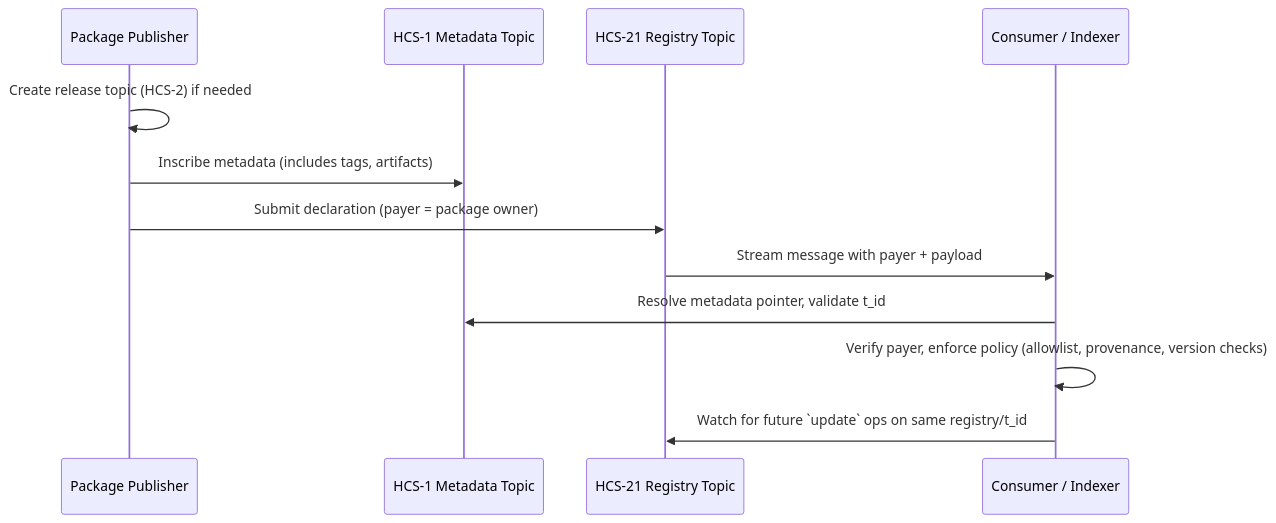
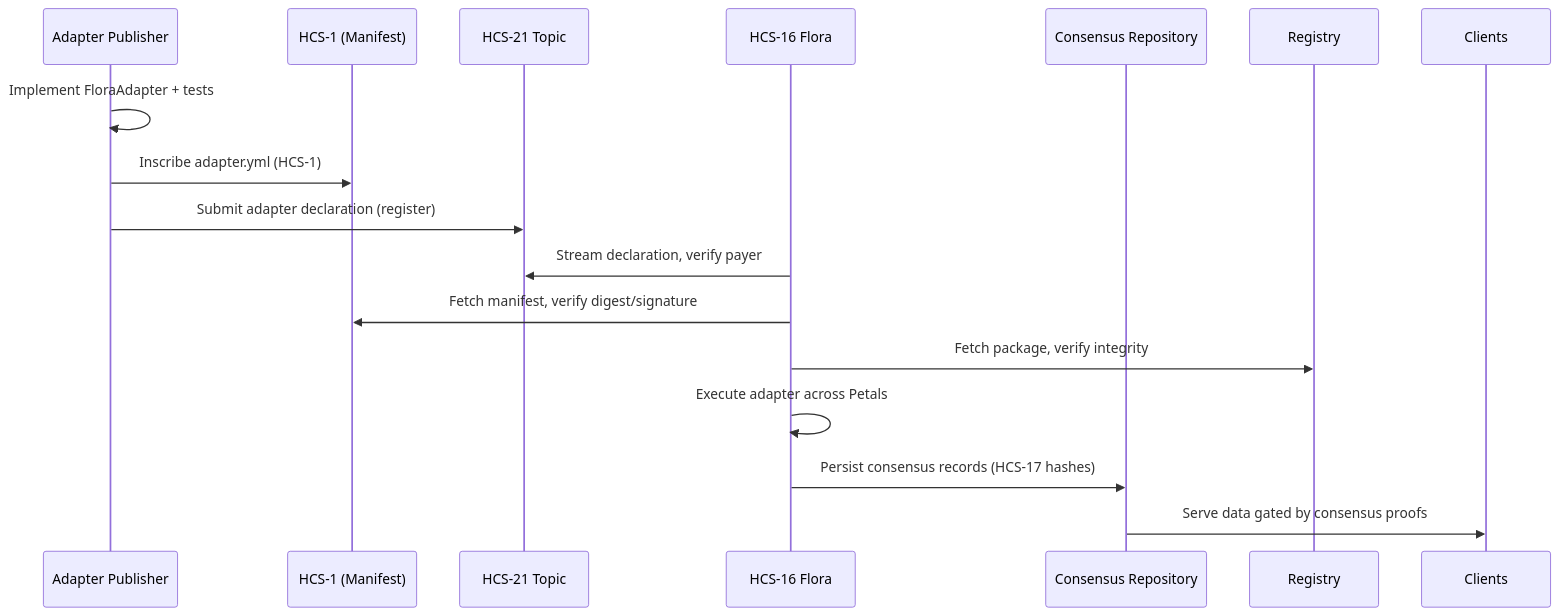
Before and after one commit to hashgraph-online/hcs-improvement-proposals: the fifth of 5 diagrams in docs/standards/hcs-21.md, drawn with Mermaid. The commit also changed other lines of this file, not shown here.

Commit message:
feat: revised adapter registry standard

````diff
--- a/docs/standards/hcs-21.md
+++ b/docs/standards/hcs-21.md
@@ -148,15 +555,18 @@
 ```mermaid
 sequenceDiagram
-    participant Pub as Package Publisher
-    participant HCS1 as HCS-1 Metadata Topic
-    participant RegTopic as HCS-21 Registry Topic
-    participant Cons as Consumer / Indexer
+    participant Pub as Adapter Publisher
+    participant H1 as HCS-1 (Manifest)
+    participant H21 as HCS-21 Topic
+    participant Flora as HCS-16 Flora
+    participant Repo as Consensus Repository
 
-    Pub->>Pub: Create release topic (HCS-2) if needed
-    Pub->>HCS1: Inscribe metadata (includes tags, artifacts)
-    Pub->>RegTopic: Submit declaration (payer = package owner)
-    RegTopic->>Cons: Stream message with payer + payload
-    Cons->>HCS1: Resolve metadata pointer, validate t_id
-    Cons->>Cons: Verify payer, enforce policy (allowlist, provenance, version checks)
-    Cons->>RegTopic: Watch for future `update` ops on same registry/t_id
+    Pub->>Pub: Implement FloraAdapter + tests
+    Pub->>H1: Inscribe adapter.yml (HCS-1)
+    Pub->>H21: Submit adapter declaration (register)
+    Flora->>H21: Stream declaration, verify payer
+    Flora->>H1: Fetch manifest, verify digest/signature
+    Flora->>Registry: Fetch package, verify integrity
+    Flora->>Flora: Execute adapter across Petals
+    Flora->>Repo: Persist consensus records (HCS-17 hashes)
+    Repo->>Clients: Serve data gated by consensus proofs
 ```
````
